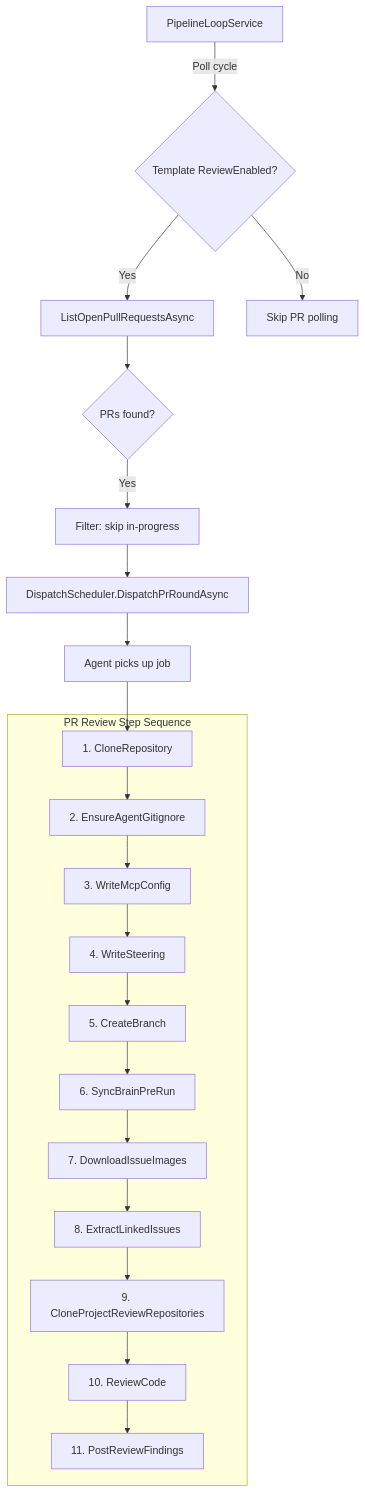
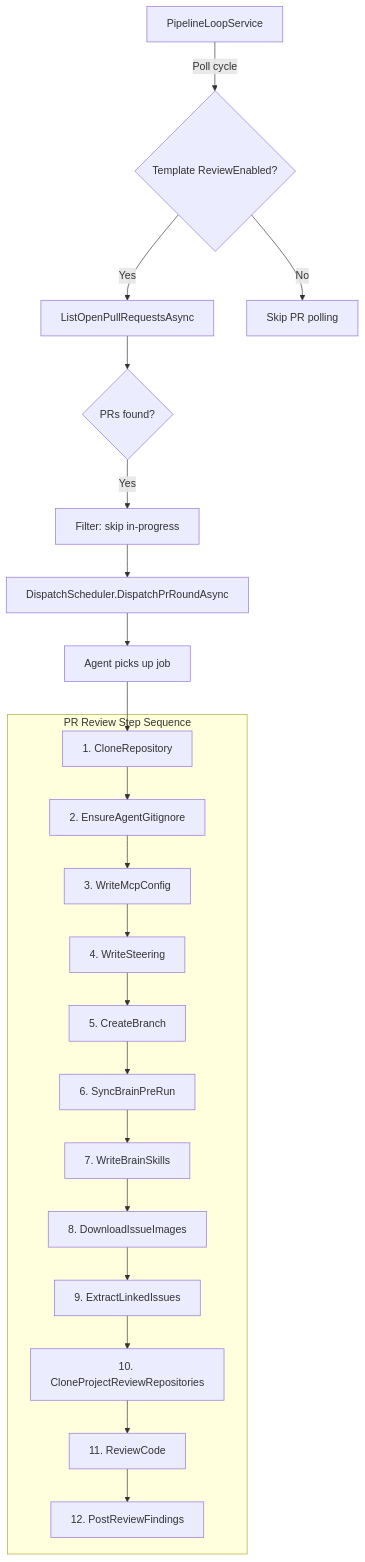
The fifth of 9 diagrams in docs/pipeline-orchestration.md (Chemsorly/coding-agent-automation), drawn with Mermaid before and after one commit. The commit also changed other lines of this file and 18 other files, not shown here.

````diff
--- a/docs/pipeline-orchestration.md
+++ b/docs/pipeline-orchestration.md
@@ -364,27 +367,28 @@
 ```mermaid
 flowchart TD
     A[PipelineLoopService] -->|Poll cycle| B{Template ReviewEnabled?}
     B -->|Yes| C[ListOpenPullRequestsAsync]
     B -->|No| D[Skip PR polling]
     C --> E{PRs found?}
     E -->|Yes| F[Filter: skip in-progress]
     F --> G[DispatchScheduler.DispatchPrRoundAsync]
     G --> H[Agent picks up job]
     H --> S1
 
     subgraph Steps["PR Review Step Sequence"]
         S1[1. CloneRepository]
         S1b[2. EnsureAgentGitignore]
         S1c[3. WriteMcpConfig]
         S1d[4. WriteSteering]
         S2[5. CreateBranch]
         S3[6. SyncBrainPreRun]
-        S3b[7. DownloadIssueImages]
-        S4[8. ExtractLinkedIssues]
-        S4b[9. CloneProjectReviewRepositories]
-        S5[10. ReviewCode]
-        S6[11. PostReviewFindings]
+        S3a[7. WriteBrainSkills]
+        S3b[8. DownloadIssueImages]
+        S4[9. ExtractLinkedIssues]
+        S4b[10. CloneProjectReviewRepositories]
+        S5[11. ReviewCode]
+        S6[12. PostReviewFindings]
 
-        S1 --> S1b --> S1c --> S1d --> S2 --> S3 --> S3b --> S4 --> S4b --> S5 --> S6
+        S1 --> S1b --> S1c --> S1d --> S2 --> S3 --> S3a --> S3b --> S4 --> S4b --> S5 --> S6
     end
 ```
````
